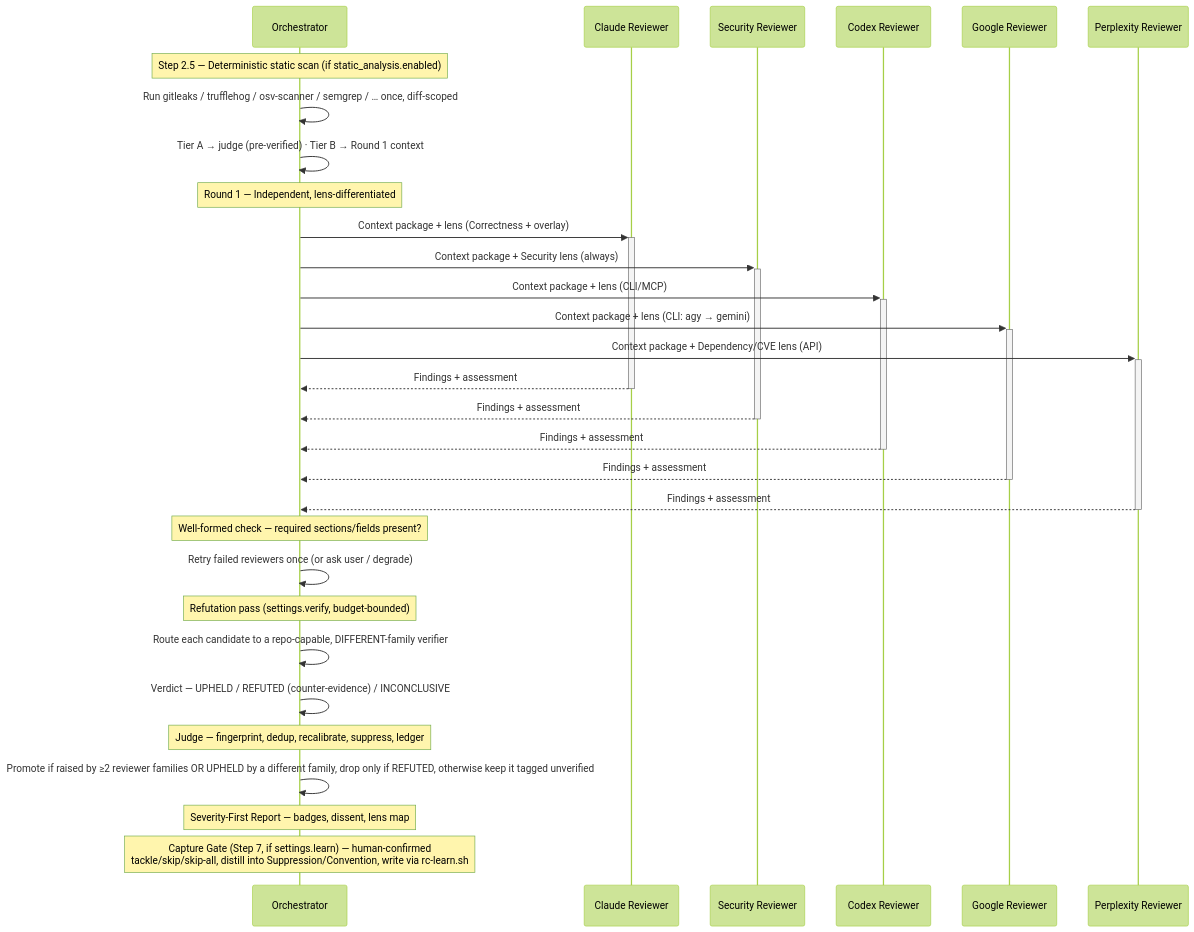
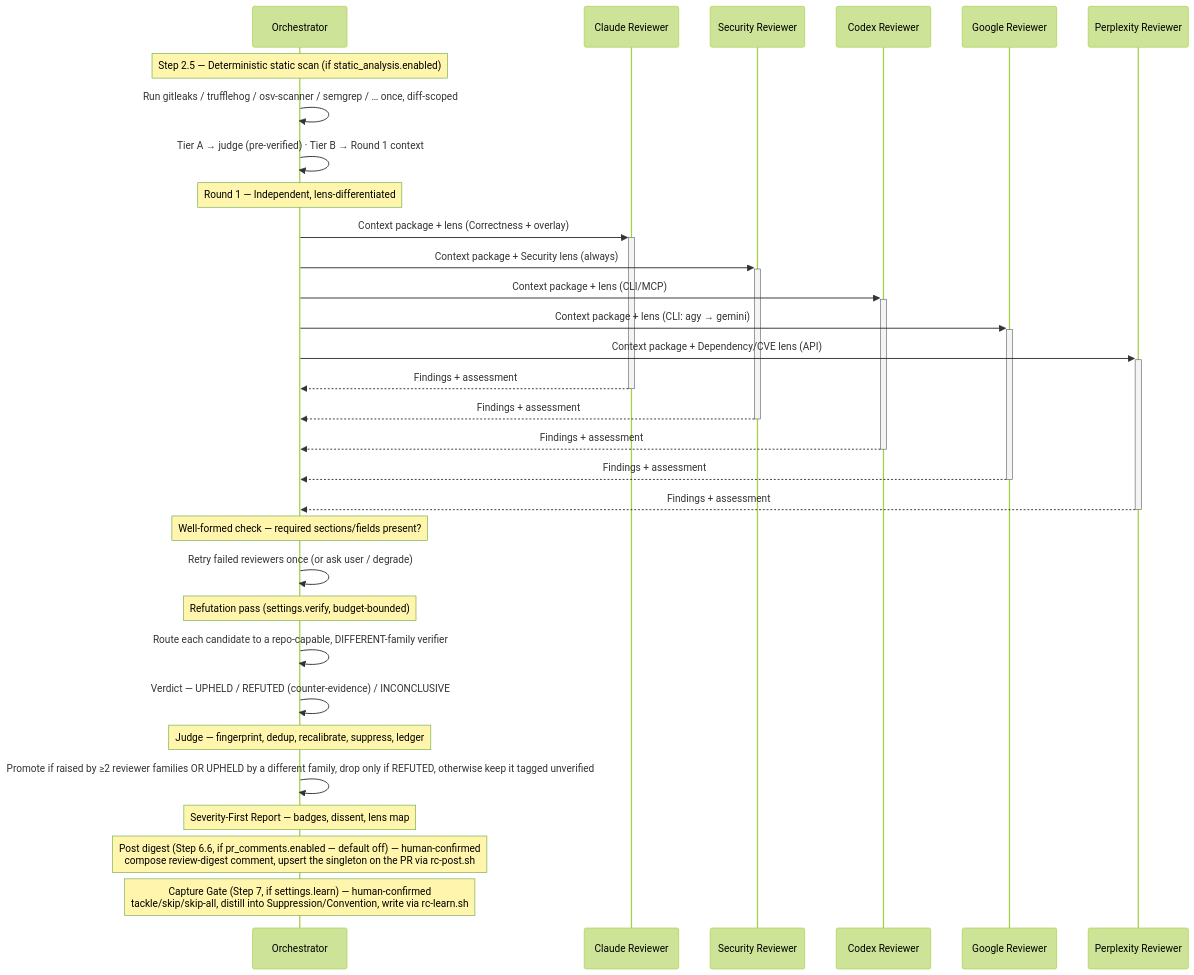
One commit to deployhq/review-council changed the third of 5 diagrams in README.md. Above: the diagram before and after it, drawn with Mermaid (forest theme).

Commit message:
docs: add Step 6.6 to the sequenceDiagram for consistency (CodeRabbit #18)
The flowchart and CLAUDE.md architecture diagram gained Step 6.6, but the
"Round 1 → Refutation → Judge" sequenceDiagram still went report → Capture
Gate. Add a Note for the optional human-confirmed digest posting so all three
diagrams agree.

Claude-Session: https://claude.ai/code/session_01AU8qwPonzx81FbLdeGPrAz

````diff
--- a/README.md
+++ b/README.md
@@ -395,39 +395,41 @@
 ```mermaid
 sequenceDiagram
     participant O as Orchestrator
     participant C as Claude Reviewer
     participant S as Security Reviewer
     participant X as Codex Reviewer
     participant G as Google Reviewer
     participant P as Perplexity Reviewer
 
     Note over O: Step 2.5 — Deterministic static scan (if static_analysis.enabled)
     O->>O: Run gitleaks / trufflehog / osv-scanner / semgrep / … once, diff-scoped
     O->>O: Tier A → judge (pre-verified) · Tier B → Round 1 context
 
     Note over O: Round 1 — Independent, lens-differentiated
     O->>+C: Context package + lens (Correctness + overlay)
     O->>+S: Context package + Security lens (always)
     O->>+X: Context package + lens (CLI/MCP)
     O->>+G: Context package + lens (CLI: agy → gemini)
     O->>+P: Context package + Dependency/CVE lens (API)
     C-->>-O: Findings + assessment
     S-->>-O: Findings + assessment
     X-->>-O: Findings + assessment
     G-->>-O: Findings + assessment
     P-->>-O: Findings + assessment
 
     Note over O: Well-formed check — required sections/fields present?
     O->>O: Retry failed reviewers once (or ask user / degrade)
 
     Note over O: Refutation pass (settings.verify, budget-bounded)
     O->>O: Route each candidate to a repo-capable, DIFFERENT-family verifier
     O->>O: Verdict — UPHELD / REFUTED (counter-evidence) / INCONCLUSIVE
 
     Note over O: Judge — fingerprint, dedup, recalibrate, suppress, ledger
     O->>O: Promote if raised by ≥2 reviewer families OR UPHELD by a different family, drop only if REFUTED, otherwise keep it tagged unverified
 
     Note over O: Severity-First Report — badges, dissent, lens map
 
+    Note over O: Post digest (Step 6.6, if pr_comments.enabled — default off) — human-confirmed<br/>compose review-digest comment, upsert the singleton on the PR via rc-post.sh
+
     Note over O: Capture Gate (Step 7, if settings.learn) — human-confirmed<br/>tackle/skip/skip-all, distill into Suppression/Convention, write via rc-learn.sh
 ```
````
